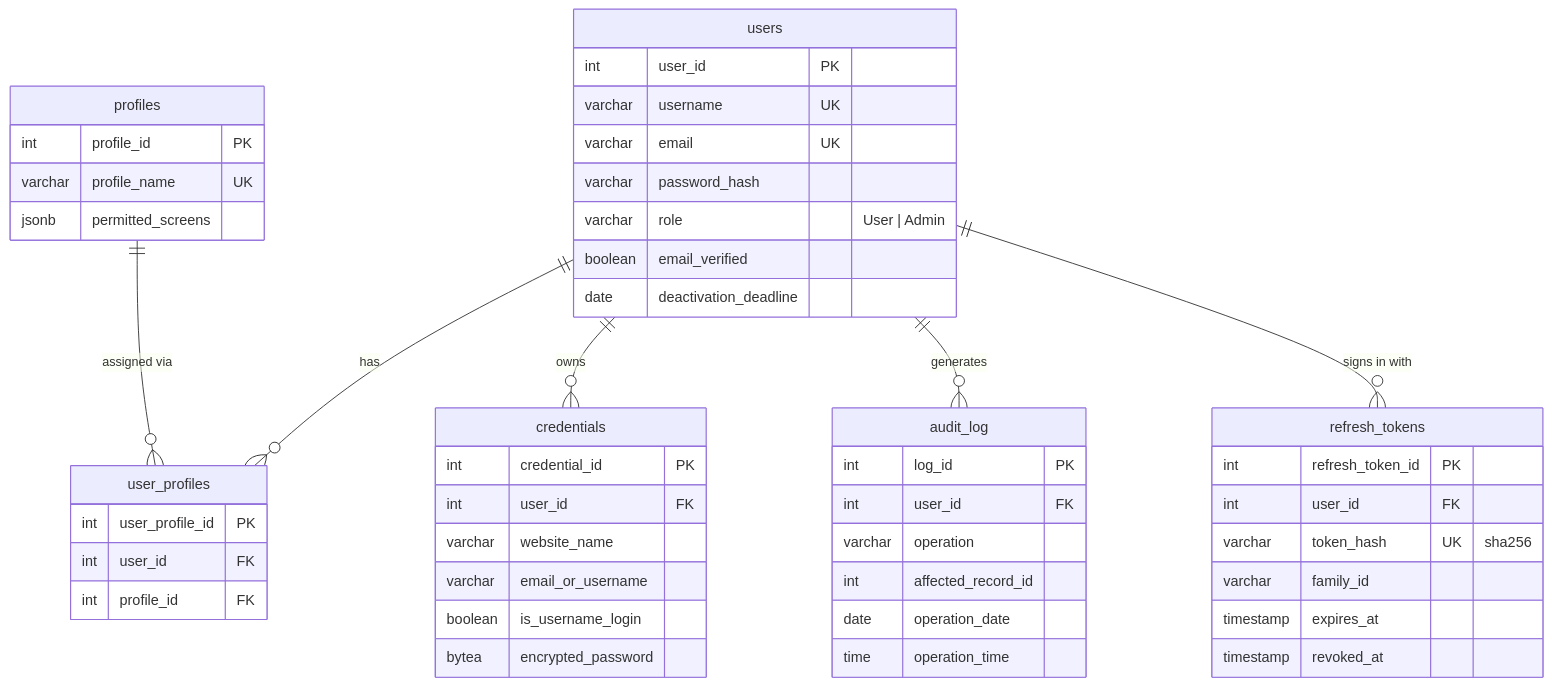
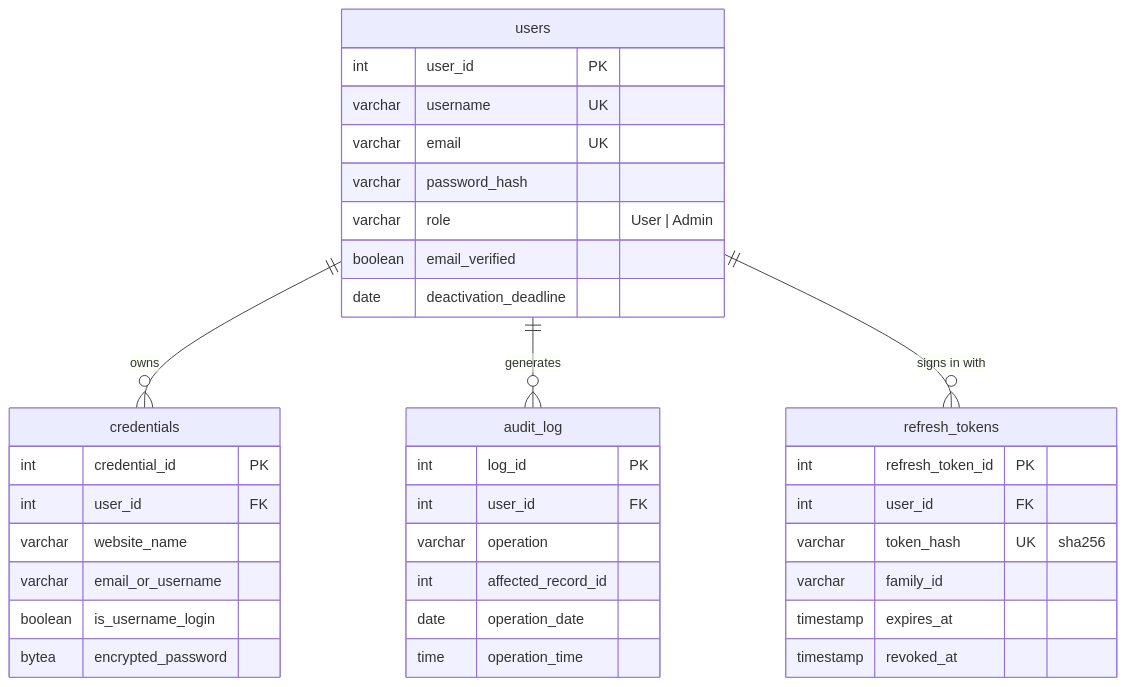
The third of 4 diagrams in ARCHITECTURE.md (DarkyGr/Saving-Access), drawn with Mermaid before and after one commit. The commit also changed other lines of this file and 47 other files, not shown here.

````diff
--- a/ARCHITECTURE.md
+++ b/ARCHITECTURE.md
@@ -196,52 +190,40 @@
 ```mermaid
 erDiagram
-    users ||--o{ user_profiles : has
-    profiles ||--o{ user_profiles : "assigned via"
     users ||--o{ credentials : owns
     users ||--o{ audit_log : generates
     users ||--o{ refresh_tokens : "signs in with"
 
     users {
         int user_id PK
         varchar username UK
         varchar email UK
         varchar password_hash
         varchar role "User | Admin"
         boolean email_verified
         date deactivation_deadline
-    }
-    profiles {
-        int profile_id PK
-        varchar profile_name UK
-        jsonb permitted_screens
-    }
-    user_profiles {
-        int user_profile_id PK
-        int user_id FK
-        int profile_id FK
     }
     credentials {
         int credential_id PK
         int user_id FK
         varchar website_name
         varchar email_or_username
         boolean is_username_login
         bytea encrypted_password
     }
     audit_log {
         int log_id PK
         int user_id FK
         varchar operation
         int affected_record_id
         date operation_date
         time operation_time
     }
     refresh_tokens {
         int refresh_token_id PK
         int user_id FK
         varchar token_hash UK "sha256"
         varchar family_id
         timestamp expires_at
         timestamp revoked_at
     }
 ```
````
